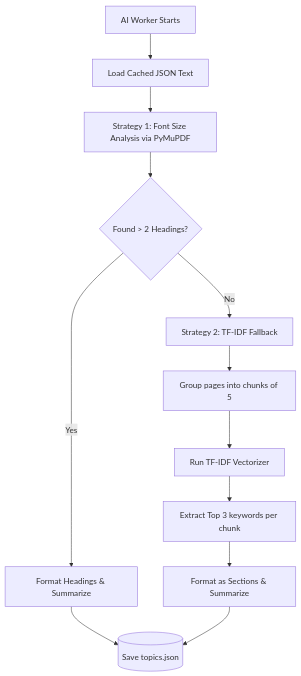
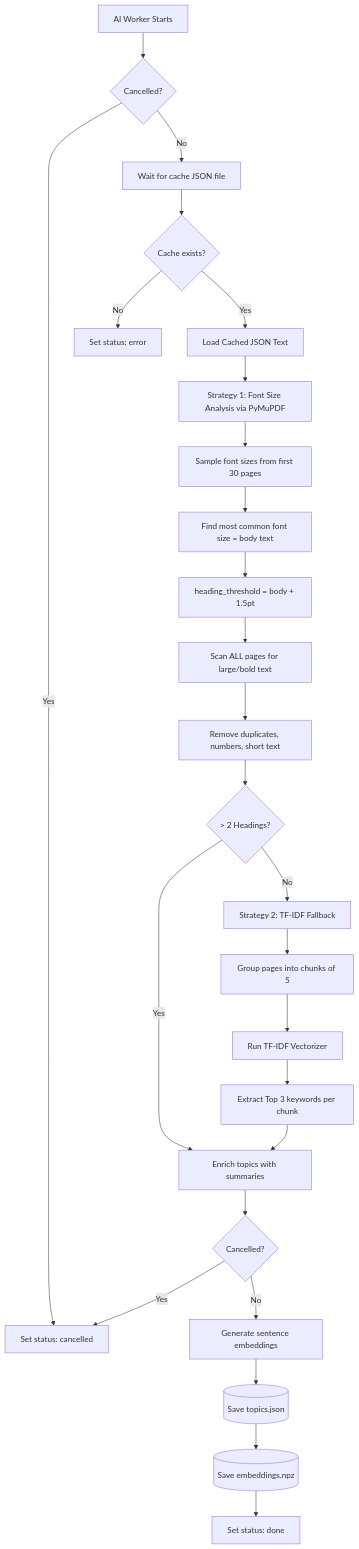
The eighth of 10 diagrams in README.md (venkatesh-0910/fileSearchEngine), drawn with Mermaid before and after one commit. The commit also changed other lines of this file, not shown here.

````diff
--- a/README.md
+++ b/README.md
@@ -310,14 +759,28 @@
 ```mermaid
 flowchart TD
-    Start[AI Worker Starts] --> LoadJSON[Load Cached JSON Text]
+    Start[AI Worker Starts] --> CheckCancel1{Cancelled?}
+    CheckCancel1 -- Yes --> Exit[Set status: cancelled]
+    CheckCancel1 -- No --> WaitCache[Wait for cache JSON file]
+    WaitCache --> CacheReady{Cache exists?}
+    CacheReady -- No --> Error[Set status: error]
+    CacheReady -- Yes --> LoadJSON[Load Cached JSON Text]
     LoadJSON --> Strategy1["Strategy 1: Font Size Analysis via PyMuPDF"]
-    Strategy1 --> Found{"Found > 2 Headings?"}
-    Found -- Yes --> Format1["Format Headings & Summarize"]
+    Strategy1 --> SampleFonts[Sample font sizes from first 30 pages]
+    SampleFonts --> FindBody[Find most common font size = body text]
+    FindBody --> SetThreshold["heading_threshold = body + 1.5pt"]
+    SetThreshold --> ScanHeadings[Scan ALL pages for large/bold text]
+    ScanHeadings --> Deduplicate[Remove duplicates, numbers, short text]
+    Deduplicate --> Found{"> 2 Headings?"}
+    Found -- Yes --> Enrich[Enrich topics with summaries]
     Found -- No --> Strategy2[Strategy 2: TF-IDF Fallback]
     Strategy2 --> ChunkPages[Group pages into chunks of 5]
     ChunkPages --> TFIDF[Run TF-IDF Vectorizer]
     TFIDF --> TopWords[Extract Top 3 keywords per chunk]
-    TopWords --> Format2[Format as Sections & Summarize]
-    Format1 --> Save[(Save topics.json)]
-    Format2 --> Save
+    TopWords --> Enrich
+    Enrich --> CheckCancel2{Cancelled?}
+    CheckCancel2 -- Yes --> Exit
+    CheckCancel2 -- No --> GenEmbed[Generate sentence embeddings]
+    GenEmbed --> SaveTopics[(Save topics.json)]
+    SaveTopics --> SaveEmbed[(Save embeddings.npz)]
+    SaveEmbed --> Done[Set status: done]
 ```
````
